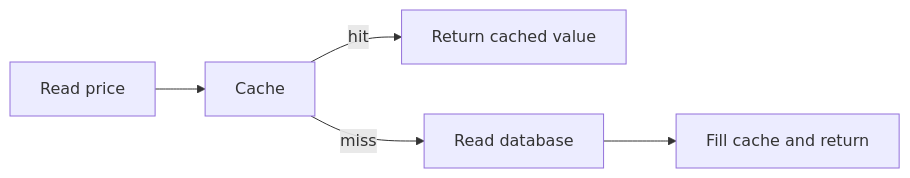
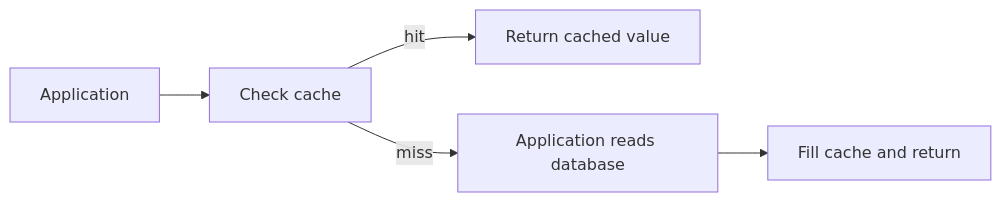
The diagram in curriculum/05-caching/01-caching.md (sid16mishra02-design/system-design), drawn with Mermaid before and after one commit. The commit also changed other lines of this file and 84 other files, not shown here.

````diff
--- a/curriculum/05-caching/01-caching.md
+++ b/curriculum/05-caching/01-caching.md
@@ -142,7 +144,7 @@
 ```mermaid
 flowchart LR
-  C["Read price"] --> K["Cache"]
-  K -->|"hit"| H["Return cached value"]
-  K -->|"miss"| D["Read database"]
+  A["Application"] --> C["Check cache"]
+  C -->|"hit"| H["Return cached value"]
+  C -->|"miss"| D["Application reads database"]
   D --> F["Fill cache and return"]
 ```
````
